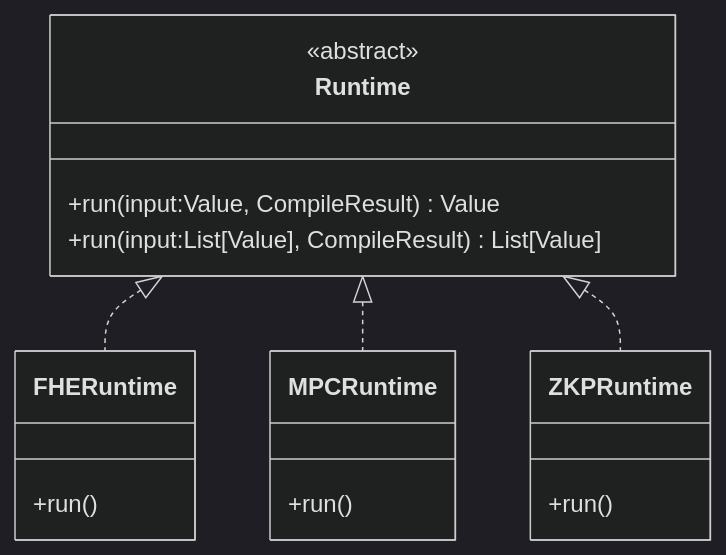
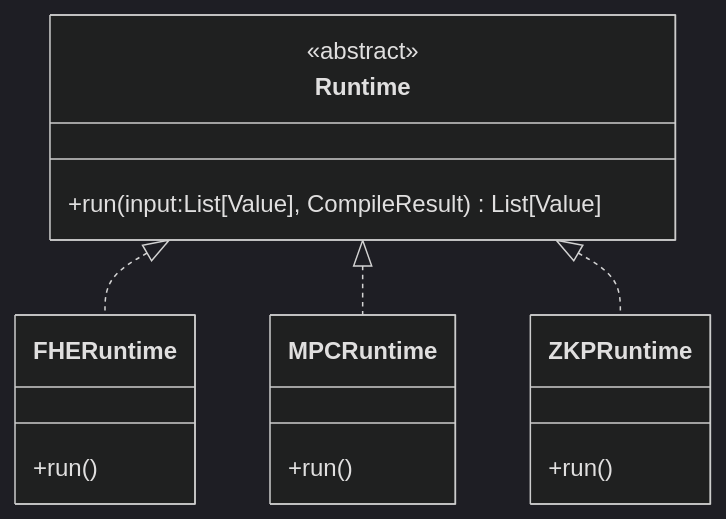
Before and after one commit to primus-labs/Aegis: the eighth of 8 diagrams in docs/design/binding.md, drawn with Mermaid (dark theme). The commit also changed other lines of this file, not shown here.

````diff
--- a/docs/design/binding.md
+++ b/docs/design/binding.md
@@ -199,21 +200,20 @@
 ```mermaid {align="center"}
 classDiagram
   class Runtime {
     <<abstract>>
-    +run(input:Value, CompileResult) Value
     +run(input:List[Value], CompileResult) List[Value]
   }
 
   Runtime <|.. FHERuntime
   class FHERuntime {
     +run()
   }
   Runtime <|.. MPCRuntime
   class MPCRuntime {
     +run()
   }
   Runtime <|.. ZKPRuntime
   class ZKPRuntime {
     +run()
   }
 ```
````
